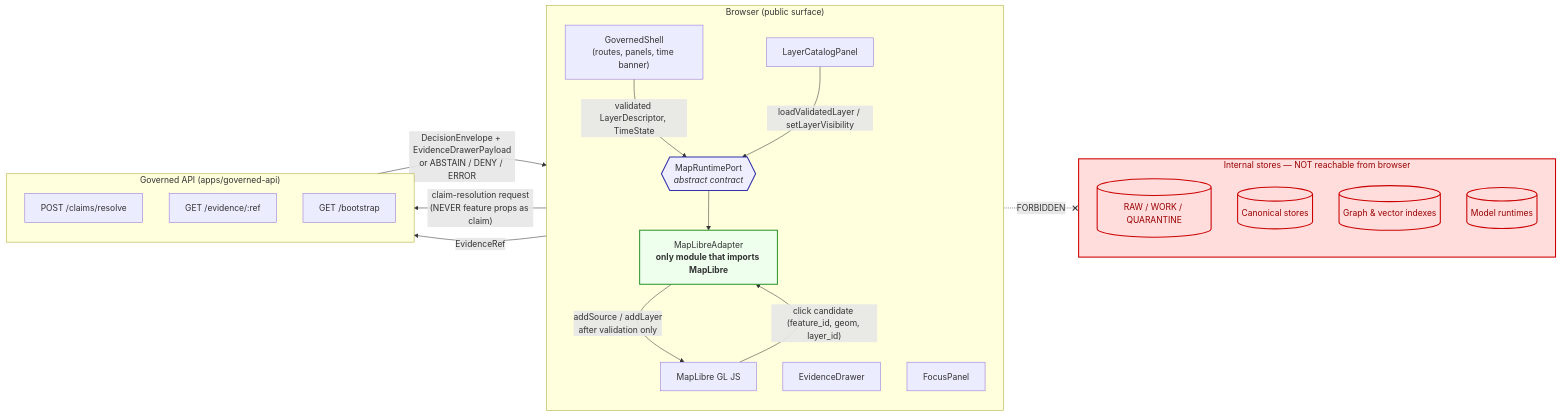
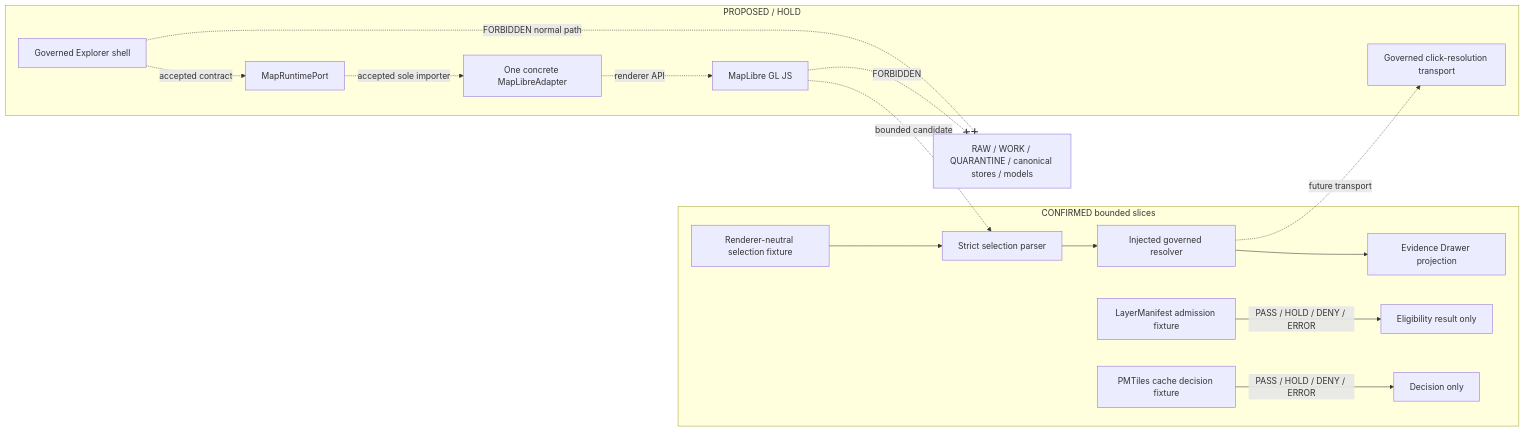
The diagram in docs/architecture/ui/MAP_RUNTIME_BOUNDARY.md (bartytime4life/Kansas-Frontier-Matrix), drawn with Mermaid before and after one commit. The commit also changed other lines of this file, not shown here.

Commit message:
docs(ui): ground map runtime boundary in current evidence

````diff
--- a/docs/architecture/ui/MAP_RUNTIME_BOUNDARY.md
+++ b/docs/architecture/ui/MAP_RUNTIME_BOUNDARY.md
@@ -126,46 +290,36 @@
 ```mermaid
 flowchart LR
-    subgraph Browser["Browser (public surface)"]
-        direction TB
-        Shell["GovernedShell<br/>(routes, panels, time banner)"]
-        Catalog["LayerCatalogPanel"]
-        Drawer["EvidenceDrawer"]
-        Focus["FocusPanel"]
-        Port{{"MapRuntimePort<br/><i>abstract contract</i>"}}
-        Adapter["MapLibreAdapter<br/><b>only module that imports MapLibre</b>"]
-        MapLibre["MapLibre GL JS"]
+    subgraph Current["CONFIRMED bounded slices"]
+        Selection["Renderer-neutral selection fixture"]
+        Parser["Strict selection parser"]
+        Resolver["Injected governed resolver"]
+        Drawer["Evidence Drawer projection"]
+        Admission["LayerManifest admission fixture"]
+        Cache["PMTiles cache decision fixture"]
+
+        Selection --> Parser
+        Parser --> Resolver
+        Resolver --> Drawer
+        Admission -->|"PASS / HOLD / DENY / ERROR"| AdmissionResult["Eligibility result only"]
+        Cache -->|"PASS / HOLD / DENY / ERROR"| CacheResult["Decision only"]
     end
 
-    subgraph Governed["Governed API (apps/governed-api)"]
-        direction TB
-        ClaimResolve["POST /claims/resolve"]
-        EvidenceR["GET /evidence/:ref"]
-        Bootstrap["GET /bootstrap"]
+    subgraph Future["PROPOSED / HOLD"]
+        Shell["Governed Explorer shell"]
+        Port["MapRuntimePort"]
+        Adapter["One concrete MapLibreAdapter"]
+        Renderer["MapLibre GL JS"]
+        LiveAPI["Governed click-resolution transport"]
     end
 
-    subgraph Internal["Internal stores — NOT reachable from browser"]
-        direction TB
-        Raw[("RAW / WORK / QUARANTINE")]
-        Canon[("Canonical stores")]
-        Graph[("Graph & vector indexes")]
-        Models[("Model runtimes")]
-    end
+    Internal["RAW / WORK / QUARANTINE / canonical stores / models"]
 
-    Shell -- "validated LayerDescriptor, TimeState" --> Port
-    Catalog -- "loadValidatedLayer / setLayerVisibility" --> Port
-    Port --> Adapter
-    Adapter -- "addSource / addLayer<br/>after validation only" --> MapLibre
-    MapLibre -- "click candidate (feature_id, geom, layer_id)" --> Adapter
-    Adapter -- "claim-resolution request<br/>(NEVER feature props as claim)" --> ClaimResolve
-    ClaimResolve -- "DecisionEnvelope + EvidenceDrawerPayload<br/>or ABSTAIN / DENY / ERROR" --> Drawer
-    Drawer -- "EvidenceRef" --> EvidenceR
+    Shell -. "accepted contract" .-> Port
+    Port -. "accepted sole importer" .-> Adapter
+    Adapter -. "renderer API" .-> Renderer
+    Renderer -. "bounded candidate" .-> Parser
+    Resolver -. "future transport" .-> LiveAPI
 
-    Browser -. "FORBIDDEN" .-x Internal
-
-    classDef forbidden fill:#fdd,stroke:#c00,stroke-width:2px,color:#900
-    class Internal,Raw,Canon,Graph,Models forbidden
-    classDef port fill:#eef,stroke:#33a,stroke-width:2px
-    class Port port
-    classDef adapter fill:#efe,stroke:#393,stroke-width:2px
-    class Adapter adapter
+    Renderer -. "FORBIDDEN" .-x Internal
+    Shell -. "FORBIDDEN normal path" .-x Internal
 ```
````
